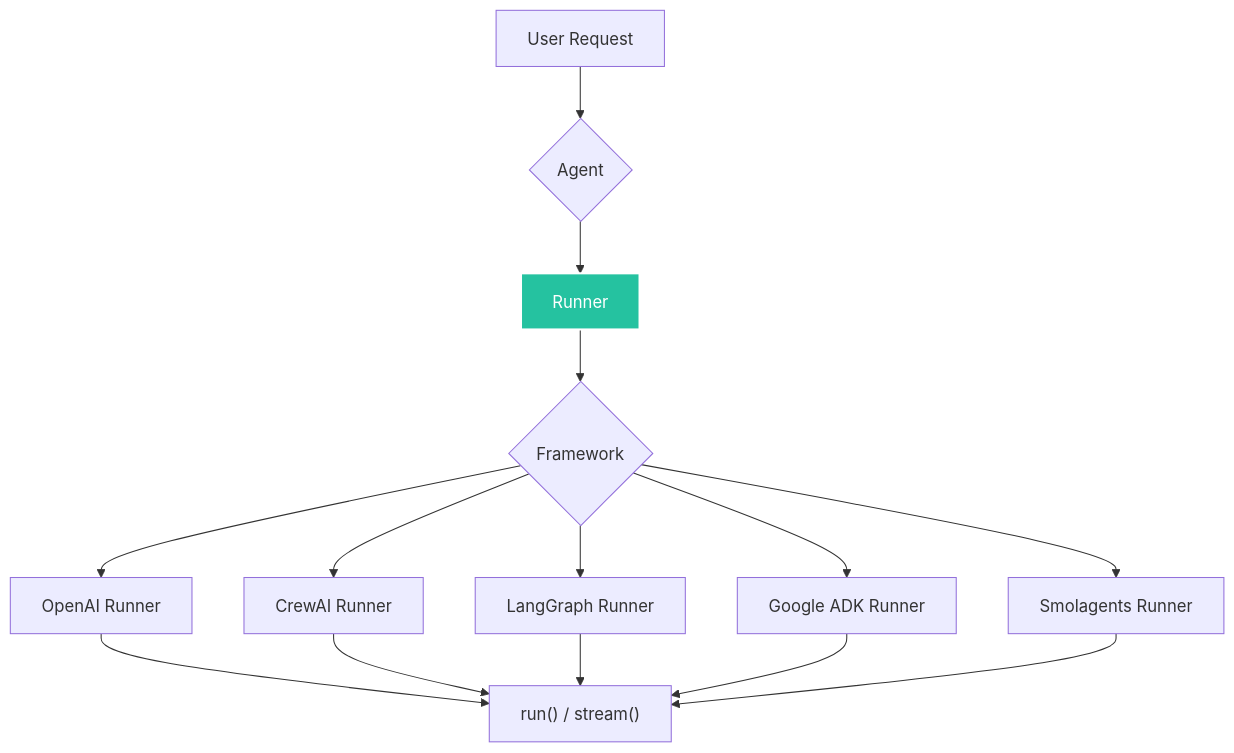
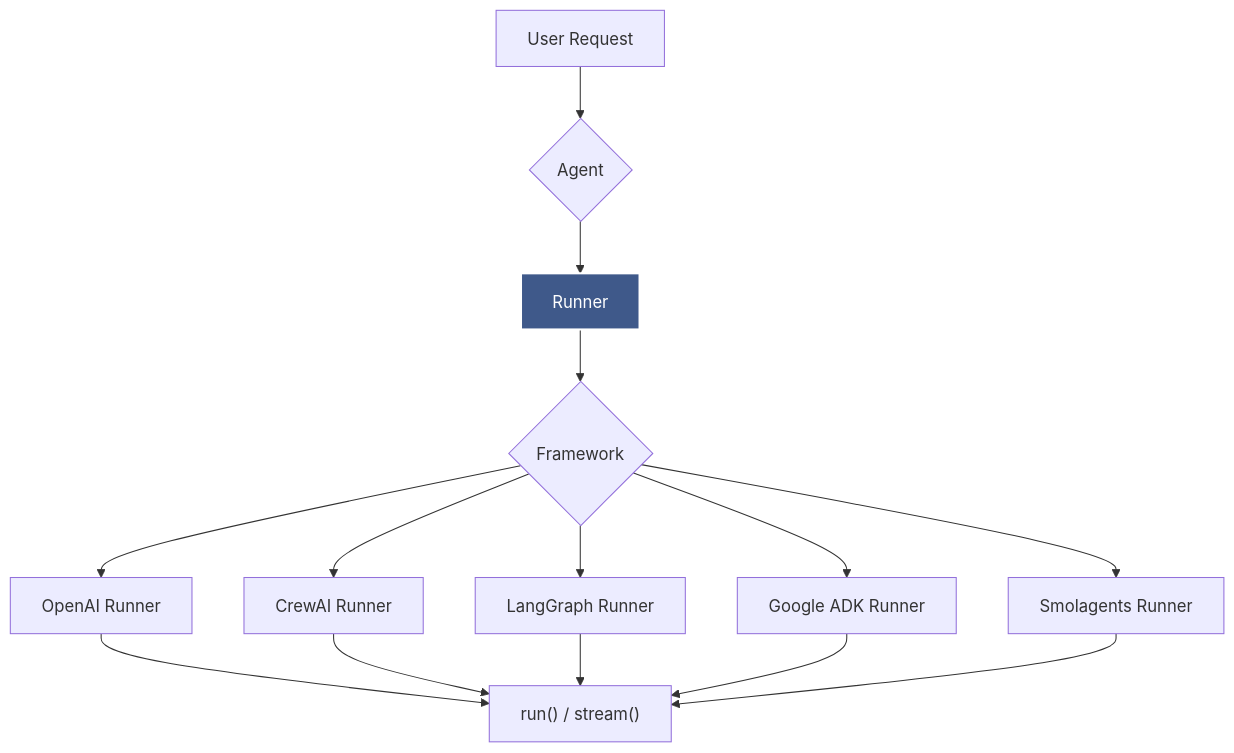
Before and after one commit to yaalalabs/agent-kernel: the first of 2 diagrams in docs/docs/core-concepts/runner.md, drawn with Mermaid. The commit also changed other lines of this file and 444 other files, not shown here.

````diff
--- a/docs/docs/core-concepts/runner.md
+++ b/docs/docs/core-concepts/runner.md
@@ -11,19 +11,19 @@
 ```mermaid
 graph TB
     A[User Request] --> B{Agent}
     B --> C[Runner]
     C --> D{Framework}
     D --> E[OpenAI Runner]
     D --> F[CrewAI Runner]
     D --> G[LangGraph Runner]
     D --> H[Google ADK Runner]
     D --> I[Smolagents Runner]
 
     E --> J["run() / stream()"]
     F --> J
     G --> J
     H --> J
     I --> J
 
-    style C fill:#25c2a0,stroke:#fff,stroke-width:2px,color:#fff
+    style C fill:#3F598A,stroke:#fff,stroke-width:2px,color:#fff
 ```
````
